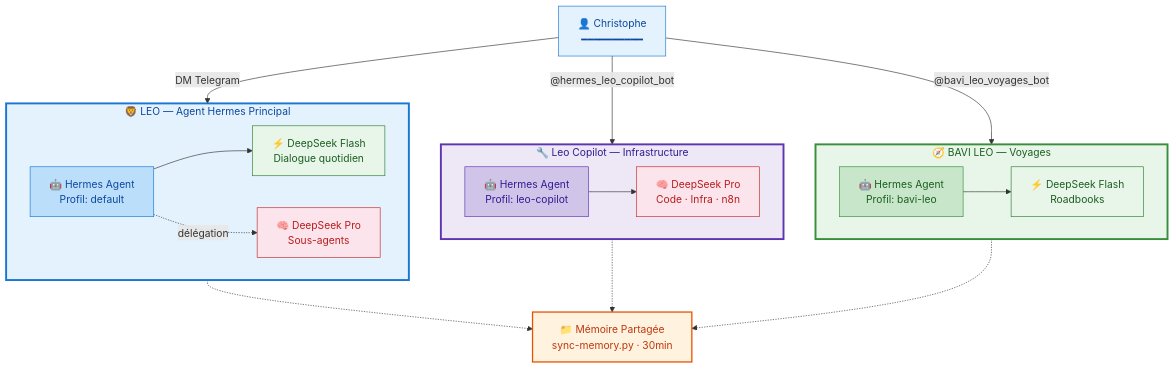
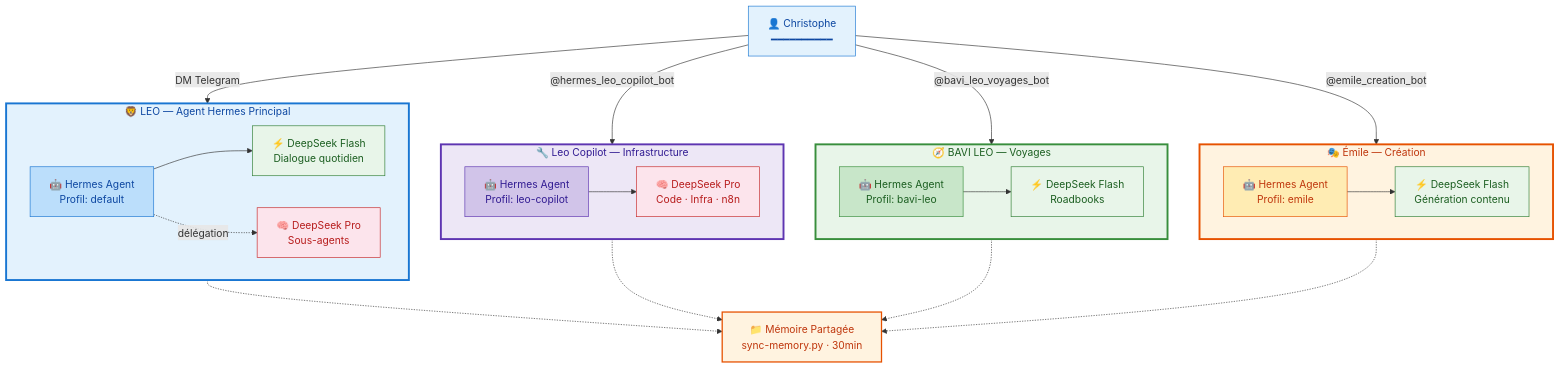
The first of 5 diagrams in docs/hermes/architecture-communication.md (christophedanhier-hash/hermes-wiki), drawn with Mermaid before and after one commit. The commit also changed other lines of this file and 3 other files, not shown here.

Commit message:
fix: audit complet wiki — 25 incohérences corrigées (architecture, bots, etat-lieux, dashboards, doc-map)

````diff
--- a/docs/hermes/architecture-communication.md
+++ b/docs/hermes/architecture-communication.md
@@ -9,53 +9,66 @@
 ```mermaid
 flowchart TD
     User["👤 Christophe<br/>━━━━━━━━━━"]
 
     subgraph LEO_MAIN["🦁 LEO — Agent Hermes Principal"]
         direction LR
         Agent["🤖 Hermes Agent<br/>Profil: default"]
         DS_Flash["⚡ DeepSeek Flash<br/>Dialogue quotidien"]
         DS_Pro_Sub["🧠 DeepSeek Pro<br/>Sous-agents"]
     end
 
     subgraph LEO_COP["🔧 Leo Copilot — Infrastructure"]
         direction LR
         Agent2["🤖 Hermes Agent<br/>Profil: leo-copilot"]
         DS_Pro["🧠 DeepSeek Pro<br/>Code · Infra · n8n"]
     end
 
     subgraph BAVI["🧭 BAVI LEO — Voyages"]
         direction LR
         Agent3["🤖 Hermes Agent<br/>Profil: bavi-leo"]
         DS_Flash2["⚡ DeepSeek Flash<br/>Roadbooks"]
     end
 
+    subgraph EMILE["🎭 Émile — Création"]
+        direction LR
+        Agent4["🤖 Hermes Agent<br/>Profil: emile"]
+        DS_Flash3["⚡ DeepSeek Flash<br/>Génération contenu"]
+    end
+
     MEM["📁 Mémoire Partagée<br/>sync-memory.py · 30min"]
 
     User -->|"DM Telegram"| LEO_MAIN
     User -->|"@hermes_leo_copilot_bot"| LEO_COP
     User -->|"@bavi_leo_voyages_bot"| BAVI
+    User -->|"@emile_creation_bot"| EMILE
 
     LEO_MAIN -.-> MEM
     LEO_COP -.-> MEM
     BAVI -.-> MEM
+    EMILE -.-> MEM
 
     Agent --> DS_Flash
     Agent -.->|"délégation"| DS_Pro_Sub
 
     Agent2 --> DS_Pro
 
     Agent3 --> DS_Flash2
+
+    Agent4 --> DS_Flash3
 
     style User fill:#e3f2fd,stroke:#1976d2,color:#0d47a1
     style LEO_MAIN fill:#e3f2fd,stroke:#1976d2,stroke-width:3px,color:#0d47a1
     style Agent fill:#bbdefb,stroke:#1976d2,color:#0d47a1
     style DS_Flash fill:#e8f5e9,stroke:#2e7d32,color:#1b5e20
     style DS_Pro_Sub fill:#fce4ec,stroke:#c62828,color:#b71c1c
     style LEO_COP fill:#ede7f6,stroke:#5e35b1,stroke-width:3px,color:#311b92
     style Agent2 fill:#d1c4e9,stroke:#5e35b1,color:#311b92
     style DS_Pro fill:#fce4ec,stroke:#c62828,color:#b71c1c
     style BAVI fill:#e8f5e9,stroke:#388e3c,stroke-width:3px,color:#1b5e20
     style Agent3 fill:#c8e6c9,stroke:#388e3c,color:#1b5e20
     style DS_Flash2 fill:#e8f5e9,stroke:#2e7d32,color:#1b5e20
+    style EMILE fill:#fff3e0,stroke:#e65100,stroke-width:3px,color:#bf360c
+    style Agent4 fill:#ffecb3,stroke:#e65100,color:#bf360c
+    style DS_Flash3 fill:#e8f5e9,stroke:#2e7d32,color:#1b5e20
     style MEM fill:#fff3e0,stroke:#e65100,stroke-width:2px,color:#bf360c
 ```
````
